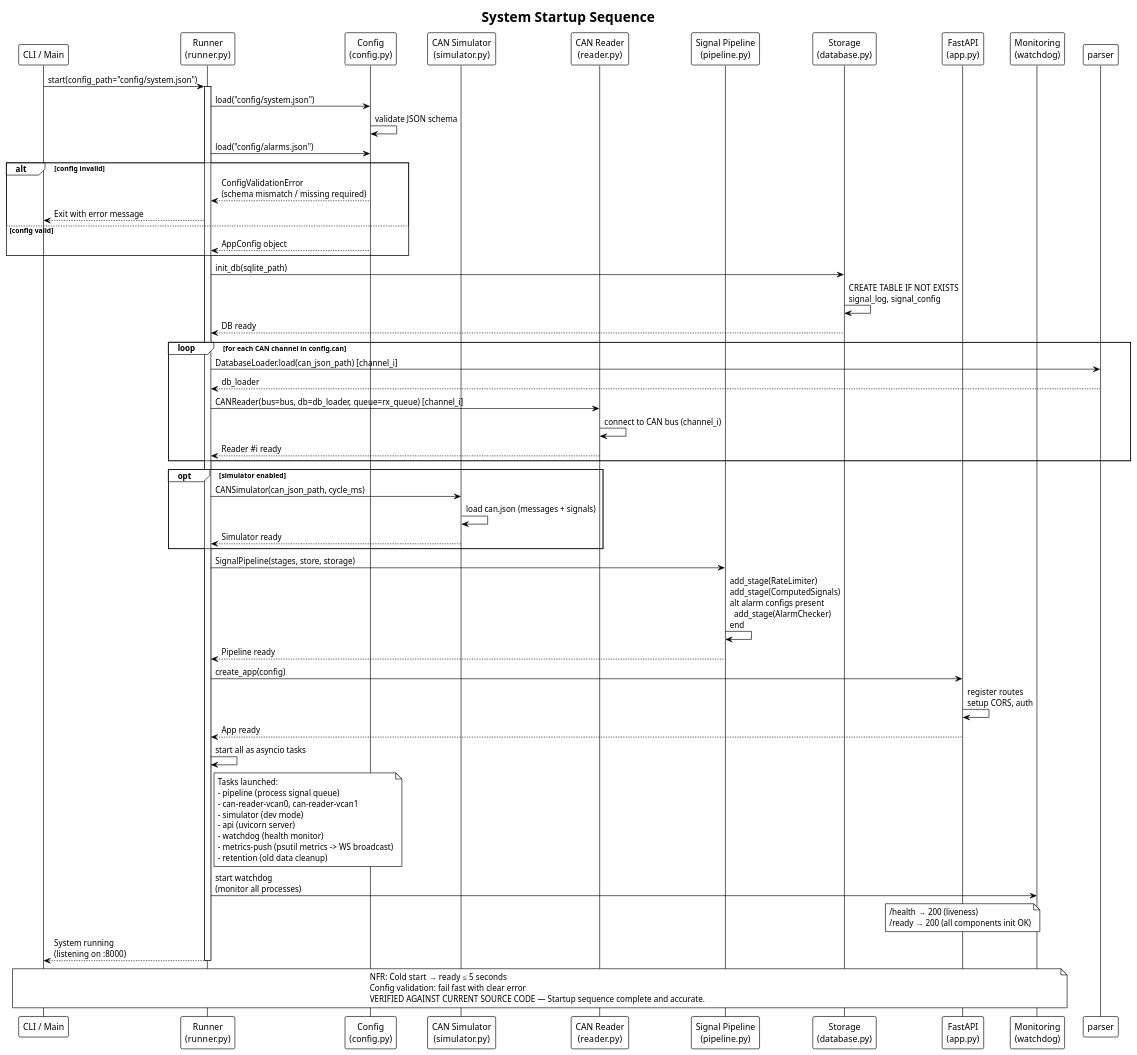
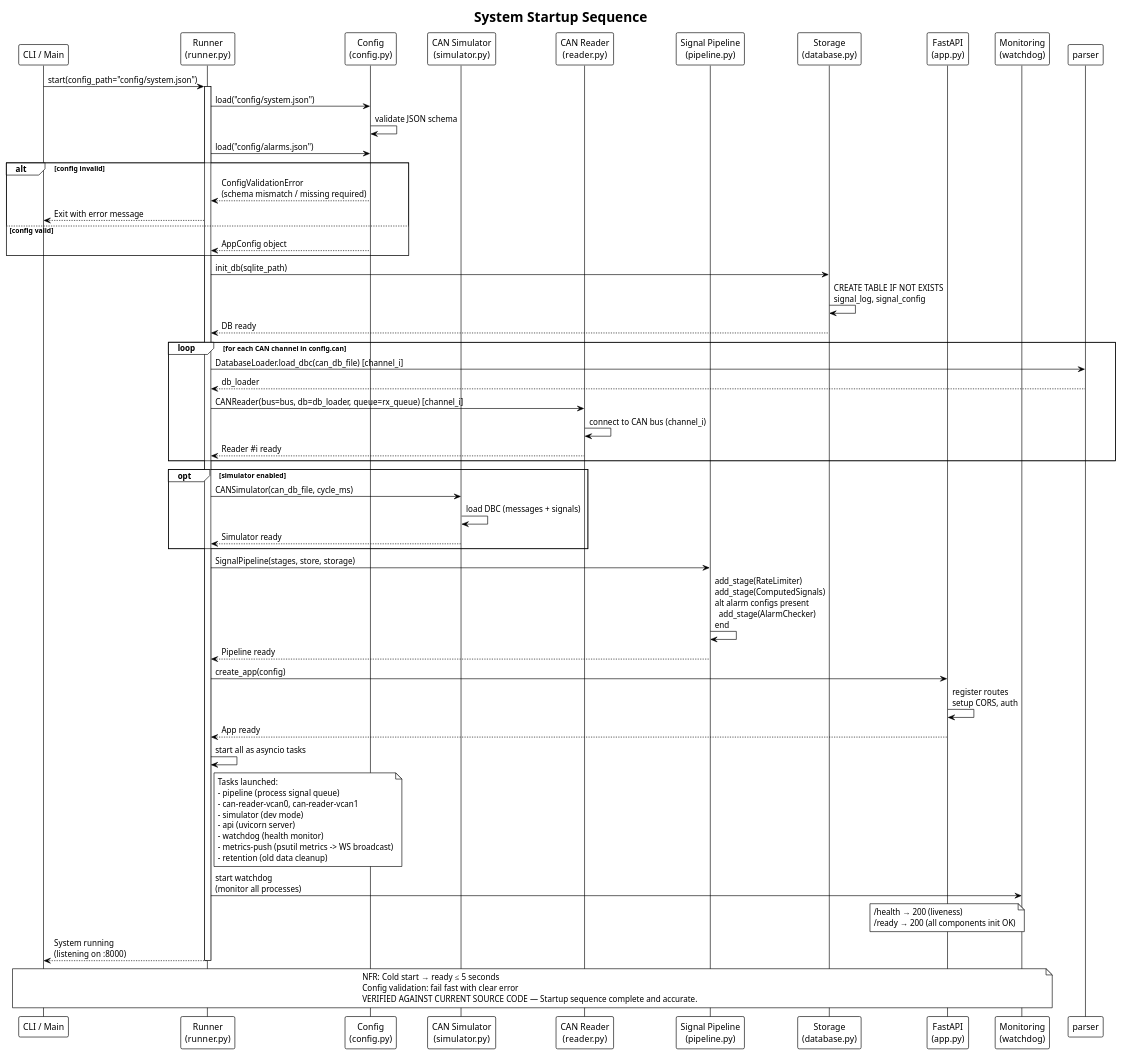
Before and after one commit to 3tdn/car-hmi: the diagram in diagram/SDD/SDD_sequence_boot_startup.puml, drawn with PlantUML. The commit also changed 27 other files, not shown here.

First line of the commit message:
Load CAN definitions directly from DBC

```diff
--- a/diagram/SDD/SDD_sequence_boot_startup.puml
+++ b/diagram/SDD/SDD_sequence_boot_startup.puml
@@ -1,78 +1,78 @@
 @startuml Sequence - System Startup
 !theme plain
 title System Startup Sequence
 
 participant "CLI / Main" as cli
 participant "Runner\n(runner.py)" as runner
 participant "Config\n(config.py)" as config
 participant "CAN Simulator\n(simulator.py)" as sim
 participant "CAN Reader\n(reader.py)" as reader
 participant "Signal Pipeline\n(pipeline.py)" as pipe
 participant "Storage\n(database.py)" as db
 participant "FastAPI\n(app.py)" as api
 participant "Monitoring\n(watchdog)" as mon
 
 cli -> runner : start(config_path="config/system.json")
 activate runner
 
 runner -> config : load("config/system.json")
 config -> config : validate JSON schema
 runner -> config : load("config/alarms.json")
 alt config invalid
     config --> runner : ConfigValidationError\n(schema mismatch / missing required)
     runner --> cli : Exit with error message
 else config valid
     config --> runner : AppConfig object
 end
 
 runner -> db : init_db(sqlite_path)
 db -> db : CREATE TABLE IF NOT EXISTS\nsignal_log, signal_config
 db --> runner : DB ready
 
 loop for each CAN channel in config.can
-    runner -> parser : DatabaseLoader.load(can_json_path) [channel_i]
+    runner -> parser : DatabaseLoader.load_dbc(can_db_file) [channel_i]
     parser --> runner : db_loader
     runner -> reader : CANReader(bus=bus, db=db_loader, queue=rx_queue) [channel_i]
     reader -> reader : connect to CAN bus (channel_i)
     reader --> runner : Reader #i ready
 end
 
 opt simulator enabled
-    runner -> sim : CANSimulator(can_json_path, cycle_ms)
-    sim -> sim : load can.json (messages + signals)
+    runner -> sim : CANSimulator(can_db_file, cycle_ms)
+    sim -> sim : load DBC (messages + signals)
     sim --> runner : Simulator ready
 end
 
 runner -> pipe : SignalPipeline(stages, store, storage)
 pipe -> pipe : add_stage(RateLimiter)\nadd_stage(ComputedSignals)\nalt alarm configs present\n  add_stage(AlarmChecker)\nend
 pipe --> runner : Pipeline ready
 
 runner -> api : create_app(config)
 api -> api : register routes\nsetup CORS, auth
 api --> runner : App ready
 
 runner -> runner : start all as asyncio tasks
 note right of runner
   Tasks launched:
   - pipeline (process signal queue)
   - can-reader-vcan0, can-reader-vcan1
   - simulator (dev mode)
   - api (uvicorn server)
   - watchdog (health monitor)
   - metrics-push (psutil metrics -> WS broadcast)
   - retention (old data cleanup)
 end note
 runner -> mon : start watchdog\n(monitor all processes)
 
 note over api : /health → 200 (liveness)\n/ready → 200 (all components init OK)
 runner --> cli : System running\n(listening on :8000)
 
 note over cli, mon
   NFR: Cold start → ready ≤ 5 seconds
   Config validation: fail fast with clear error
   VERIFIED AGAINST CURRENT SOURCE CODE — Startup sequence complete and accurate.
 end note
 
 deactivate runner
 
 @enduml
```
